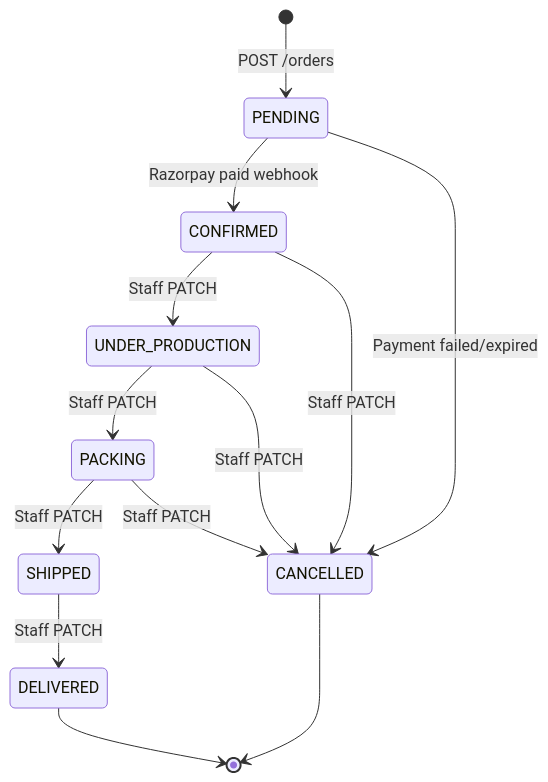
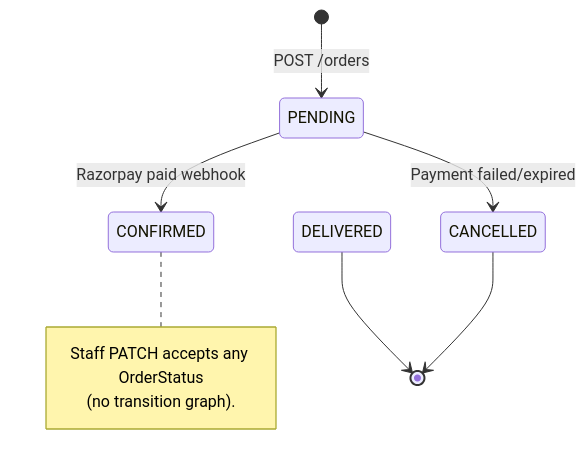
Before and after one commit to prakashdev0508/admin-chaayafur: the diagram in docs/orders.md, drawn with Mermaid. The commit also changed other lines of this file and 21 other files, not shown here.

````diff
--- a/docs/orders.md
+++ b/docs/orders.md
@@ -56,15 +54,12 @@
 ```mermaid
 stateDiagram-v2
     [*] --> PENDING: POST /orders
     PENDING --> CONFIRMED: Razorpay paid webhook
     PENDING --> CANCELLED: Payment failed/expired
-    CONFIRMED --> UNDER_PRODUCTION: Staff PATCH
-    CONFIRMED --> CANCELLED: Staff PATCH
-    UNDER_PRODUCTION --> PACKING: Staff PATCH
-    UNDER_PRODUCTION --> CANCELLED: Staff PATCH
-    PACKING --> SHIPPED: Staff PATCH
-    PACKING --> CANCELLED: Staff PATCH
-    SHIPPED --> DELIVERED: Staff PATCH
+    note right of CONFIRMED
+      Staff PATCH accepts any OrderStatus
+      (no transition graph).
+    end note
     DELIVERED --> [*]
     CANCELLED --> [*]
 ```
````
